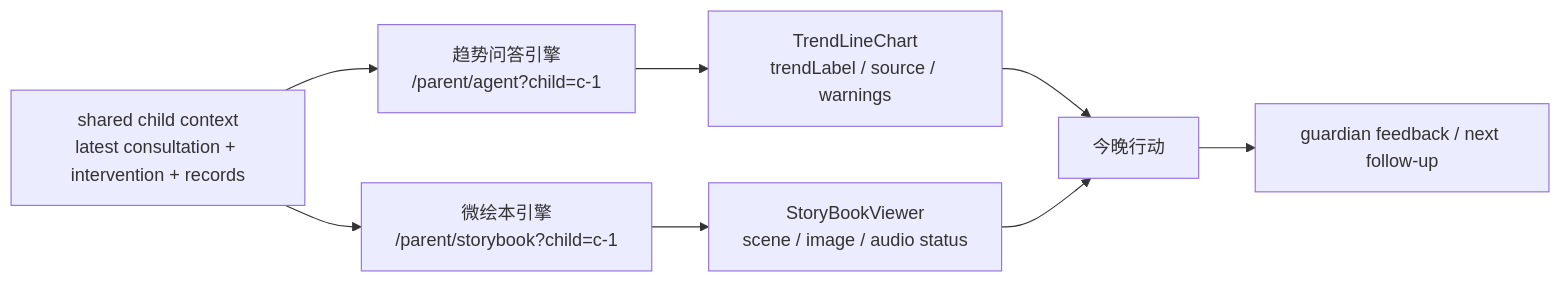
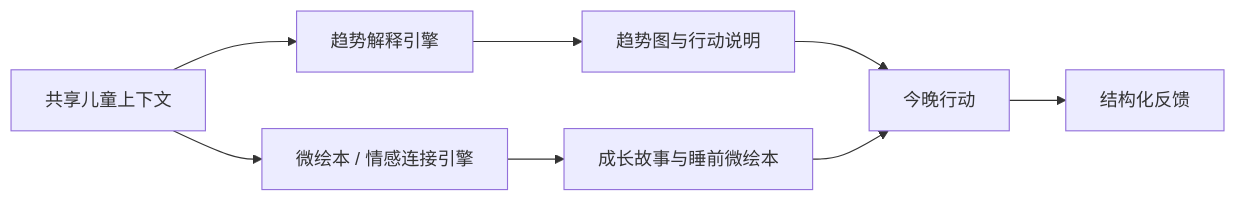
The fifth of 6 diagrams in README.md (VictorMaxWang/smartchildcare-agent), drawn with Mermaid before and after one commit. The commit also changed other lines of this file and 66 other files, not shown here.

````diff
--- a/README.md
+++ b/README.md
@@ -255,18 +155,10 @@
 ```mermaid
 flowchart LR
-  CTX["shared child context<br/>latest consultation + intervention + records"]
-  TQ["趋势问答引擎<br/>/parent/agent?child=c-1"]
-  SB["微绘本引擎<br/>/parent/storybook?child=c-1"]
-  TREND["TrendLineChart<br/>trendLabel / source / warnings"]
-  STORY["StoryBookViewer<br/>scene / image / audio status"]
-  ACT["今晚行动"]
-  FB["guardian feedback / next follow-up"]
-
-  CTX --> TQ
-  CTX --> SB
-  TQ --> TREND
-  SB --> STORY
-  TREND --> ACT
-  STORY --> ACT
-  ACT --> FB
+  CTX["共享儿童上下文"] --> T["趋势解释引擎"]
+  CTX --> S["微绘本 / 情感连接引擎"]
+  T --> TE["趋势图与行动说明"]
+  S --> SE["成长故事与睡前微绘本"]
+  TE --> A["今晚行动"]
+  SE --> A
+  A --> F["结构化反馈"]
 ```
````
